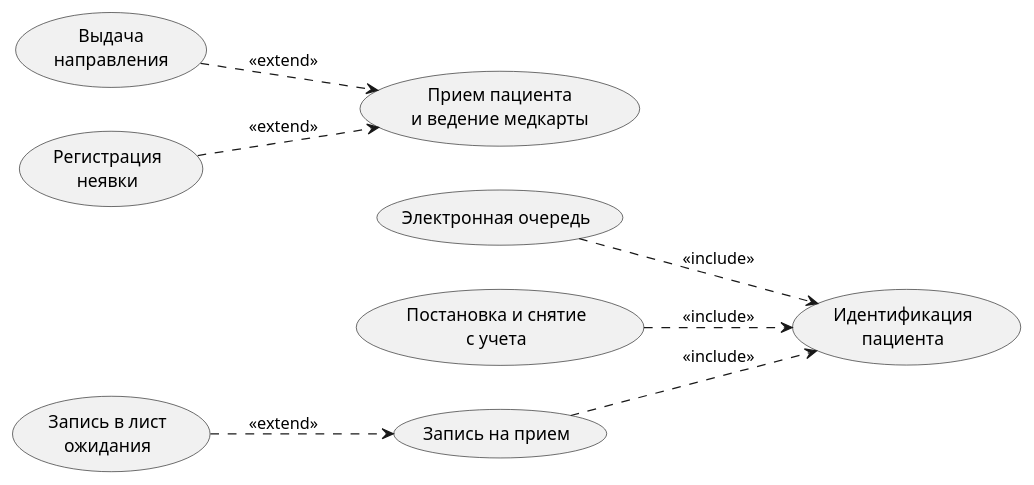
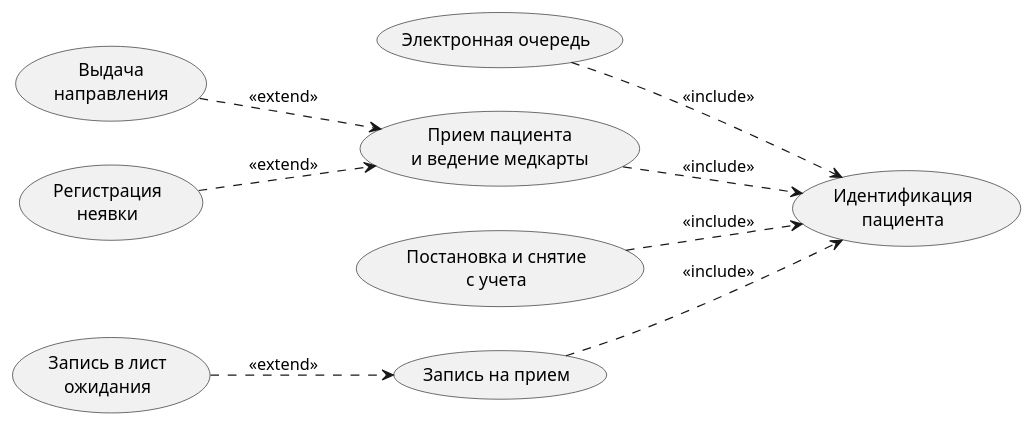
One commit to penamarth/bsbo-11-24_team3_var3_clinic changed the second of 2 diagrams in Прецеденты/Диаграмма прецедентов.md. Above: the diagram before and after it, drawn with PlantUML.

Commit message:
рис 2. прием включает иден. пациента

````diff
--- a/Прецеденты/Диаграмма прецедентов.md
+++ b/Прецеденты/Диаграмма прецедентов.md
@@ -71,17 +71,18 @@
 ```plantuml
 @startuml
 skinparam packageStyle rect
 left to right direction
 
 (Запись на прием) ..> (Идентификация\nпациента) : <<include>>
 (Запись в лист\nожидания) ..> (Запись на прием) : <<extend>>
 
 (Электронная очередь) ..> (Идентификация\nпациента) : <<include>>
 
 (Выдача\nнаправления) ..> (Прием пациента\nи ведение медкарты) : <<extend>>
 (Регистрация\nнеявки) ..> (Прием пациента\nи ведение медкарты) : <<extend>>
+(Прием пациента\nи ведение медкарты) ..> (Идентификация\nпациента) : <<include>>
 
 (Постановка и снятие\nс учета) ..> (Идентификация\nпациента) : <<include>>
 
 @enduml
 ```
````
